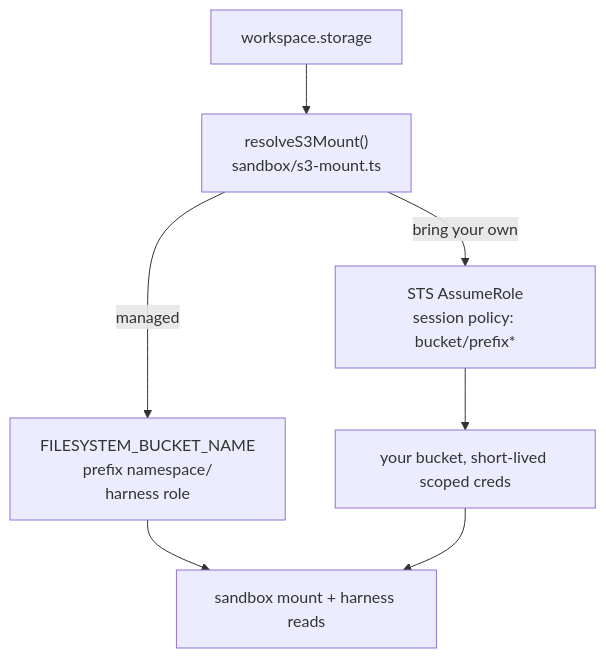
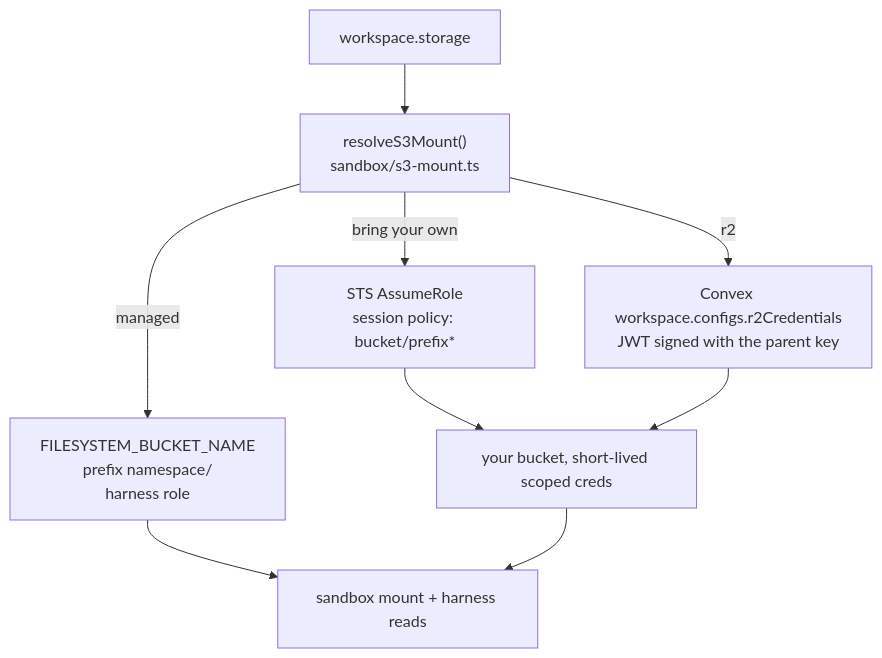
The second of 4 diagrams in apps/docs/docs/internals/storage.md (beeblastco/broods), drawn with Mermaid before and after one commit. The commit also changed other lines of this file and 24 other files, not shown here.

First line of the commit message:
feat(convex,core): Cloudflare R2 workspace storage

````diff
--- a/apps/docs/docs/internals/storage.md
+++ b/apps/docs/docs/internals/storage.md
@@ -61,9 +62,11 @@
 ```mermaid
 flowchart TD
   Storage["workspace.storage"] --> Resolve["resolveS3Mount()<br/>sandbox/s3-mount.ts"]
   Resolve -->|"managed"| Managed["FILESYSTEM_BUCKET_NAME<br/>prefix namespace/<br/>harness role"]
   Resolve -->|"bring your own"| STS["STS AssumeRole<br/>session policy: bucket/prefix*"]
+  Resolve -->|"r2"| Mint["Convex workspace.configs.r2Credentials<br/>JWT signed with the parent key"]
   STS --> Byo["your bucket, short-lived scoped creds"]
+  Mint --> Byo
   Managed --> Mount["sandbox mount + harness reads"]
   Byo --> Mount
 ```
````
